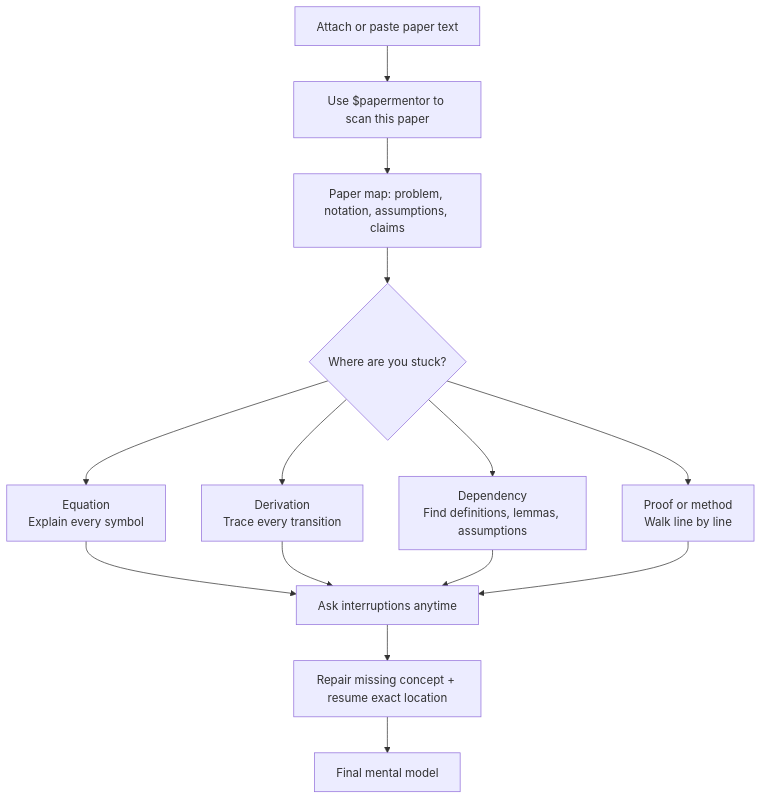
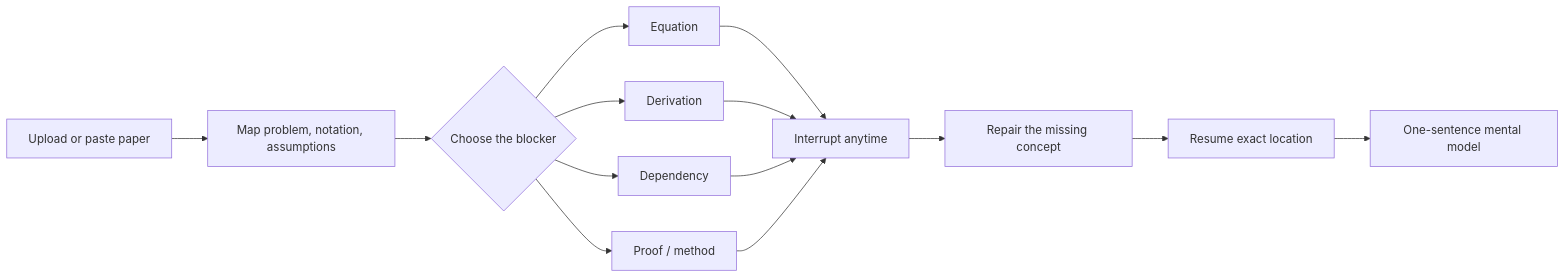
The diagram in README.md (ShinyJay2/PaperMentor), drawn with Mermaid before and after one commit. The commit also changed other lines of this file and 1 other file, not shown here.

First line of the commit message:
Restructure README around the paper reading loop

````diff
--- a/README.md
+++ b/README.md
@@ -125,16 +41,16 @@
 ```mermaid
-flowchart TD
-  A["Attach or paste paper text"] --> B["Use $papermentor to scan this paper"]
-  B --> C["Paper map: problem, notation, assumptions, claims"]
-  C --> D{"Where are you stuck?"}
-  D --> E["Equation<br/>Explain every symbol"]
-  D --> F["Derivation<br/>Trace every transition"]
-  D --> G["Dependency<br/>Find definitions, lemmas, assumptions"]
-  D --> H["Proof or method<br/>Walk line by line"]
-  E --> I["Ask interruptions anytime"]
-  F --> I
-  G --> I
-  H --> I
-  I --> J["Repair missing concept + resume exact location"]
-  J --> K["Final mental model"]
+flowchart LR
+  A["Upload or paste paper"] --> B["Map problem, notation, assumptions"]
+  B --> C{"Choose the blocker"}
+  C --> D["Equation"]
+  C --> E["Derivation"]
+  C --> F["Dependency"]
+  C --> G["Proof / method"]
+  D --> H["Interrupt anytime"]
+  E --> H
+  F --> H
+  G --> H
+  H --> I["Repair the missing concept"]
+  I --> J["Resume exact location"]
+  J --> K["One-sentence mental model"]
 ```
````
